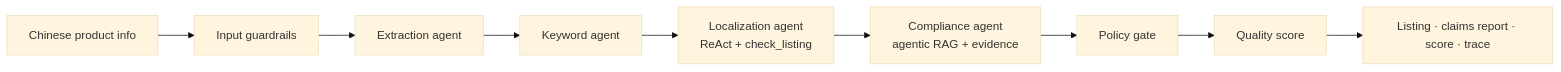
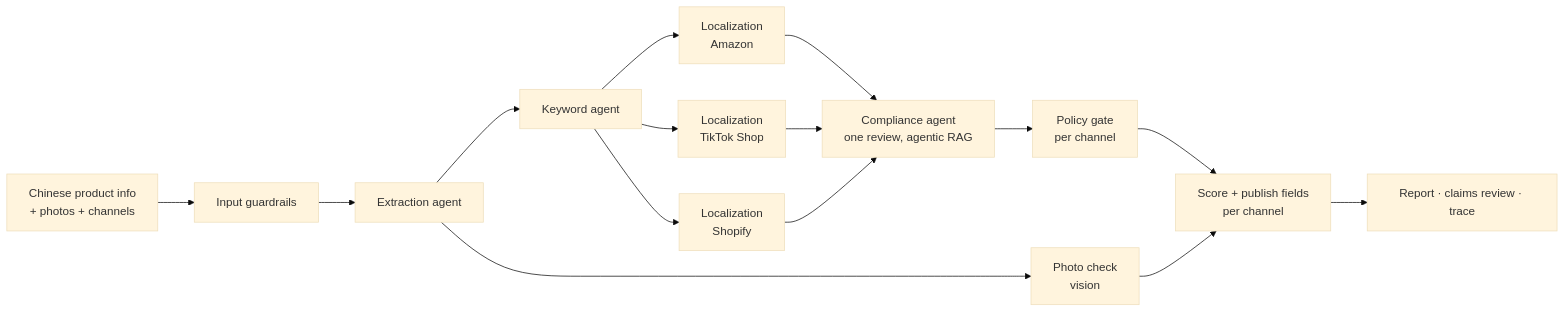
Before and after one commit to heruis/ecommerce-agent: the diagram in README.md, drawn with Mermaid (base theme). The commit also changed other lines of this file and 17 other files, not shown here.

````diff
--- a/README.md
+++ b/README.md
@@ -33,11 +41,15 @@
 ```mermaid
 flowchart LR
-  A[Chinese product info] --> G1[Input guardrails]
+  A[Chinese product info<br/>+ photos + channels] --> G1[Input guardrails]
   G1 --> E[Extraction agent]
+  E --> I[Photo check<br/>vision]
   E --> K[Keyword agent]
-  K --> L[Localization agent<br/>ReAct + check_listing]
-  L --> C[Compliance agent<br/>agentic RAG + evidence]
-  C --> G3[Policy gate]
-  G3 --> S[Quality score]
-  S --> O[Listing · claims report · score · trace]
+  K --> L1[Localization<br/>Amazon]
+  K --> L2[Localization<br/>TikTok Shop]
+  K --> L3[Localization<br/>Shopify]
+  L1 & L2 & L3 --> C[Compliance agent<br/>one review, agentic RAG]
+  C --> G3[Policy gate<br/>per channel]
+  G3 --> S[Score + publish fields<br/>per channel]
+  I --> S
+  S --> O[Report · claims review · trace]
 ```
````
